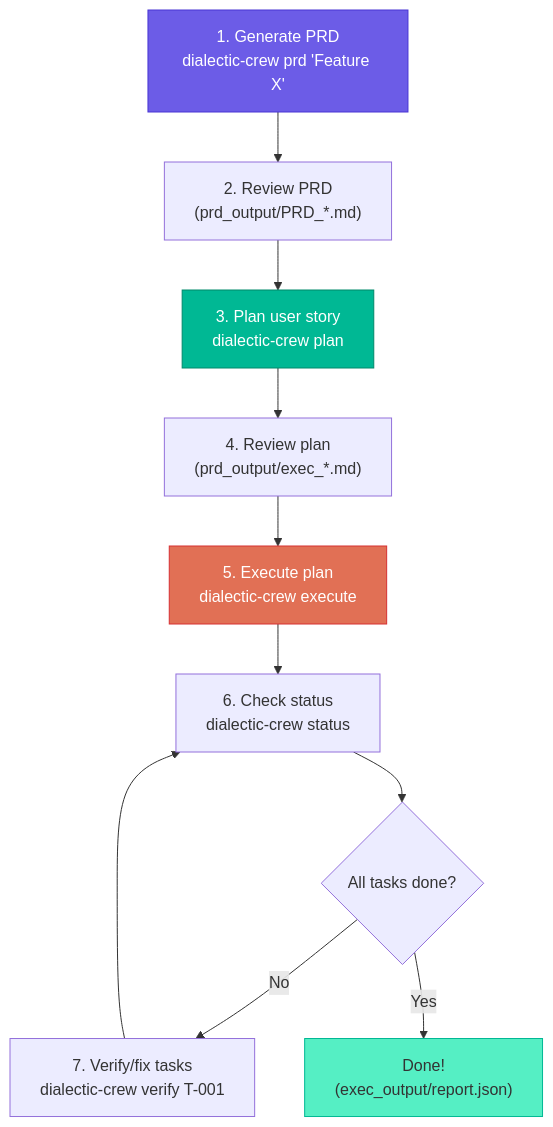
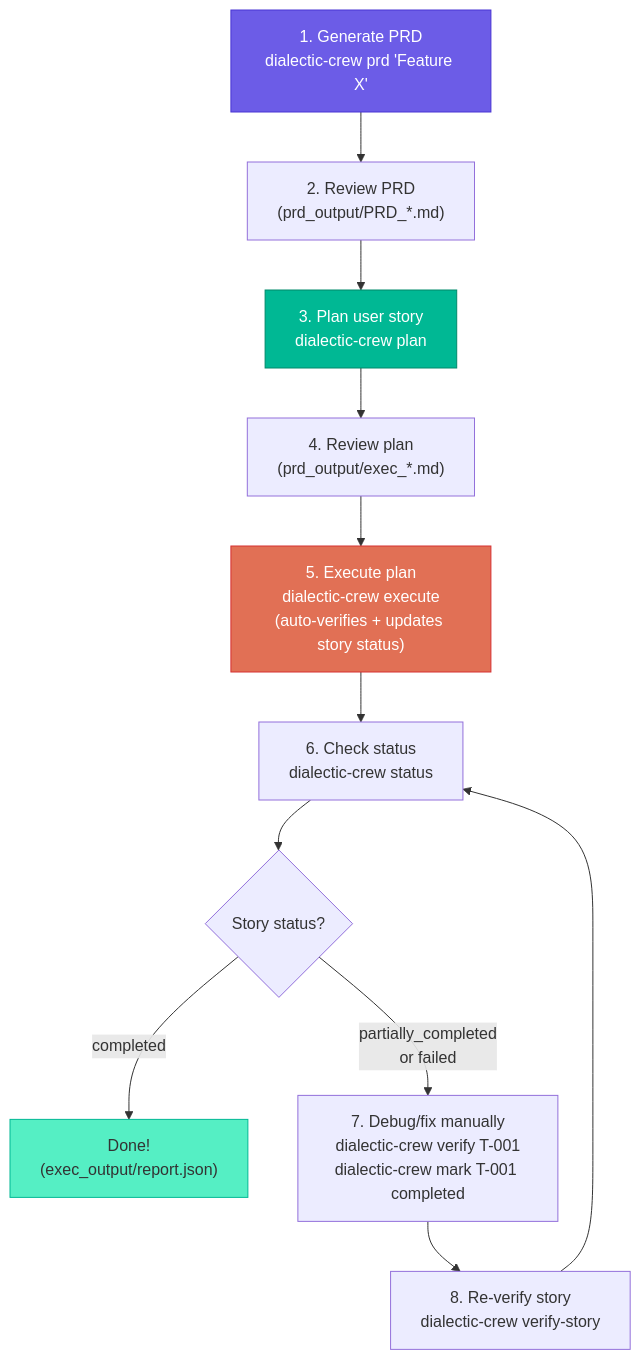
Before and after one commit to darthlinuxer/dialectic-crew-ai: the second of 2 diagrams in docs/cli.md, drawn with Mermaid. The commit also changed other lines of this file and 9 other files, not shown here.

First line of the commit message:
feat: auto-verify tasks against PRD and track user story completion

````diff
--- a/docs/cli.md
+++ b/docs/cli.md
@@ -267,17 +328,18 @@
 ```mermaid
 flowchart TD
     A["1. Generate PRD<br/>dialectic-crew prd 'Feature X'"] --> B["2. Review PRD<br/>(prd_output/PRD_*.md)"]
     B --> C["3. Plan user story<br/>dialectic-crew plan"]
     C --> D["4. Review plan<br/>(prd_output/exec_*.md)"]
-    D --> E["5. Execute plan<br/>dialectic-crew execute"]
+    D --> E["5. Execute plan<br/>dialectic-crew execute<br/>(auto-verifies + updates story status)"]
     E --> F["6. Check status<br/>dialectic-crew status"]
-    F --> G{All tasks done?}
-    G -->|No| H["7. Verify/fix tasks<br/>dialectic-crew verify T-001"]
-    H --> F
-    G -->|Yes| I["Done!<br/>(exec_output/report.json)"]
+    F --> G{"Story status?"}
+    G -->|"completed"| I["Done!<br/>(exec_output/report.json)"]
+    G -->|"partially_completed<br/>or failed"| H["7. Debug/fix manually<br/>dialectic-crew verify T-001<br/>dialectic-crew mark T-001 completed"]
+    H --> J["8. Re-verify story<br/>dialectic-crew verify-story"]
+    J --> F
 
     style A fill:#6C5CE7,stroke:#4834D4,color:#fff
     style C fill:#00B894,stroke:#00896B,color:#fff
     style E fill:#E17055,stroke:#D63031,color:#fff
     style I fill:#55EFC4,stroke:#00B894,color:#333
 ```
````
